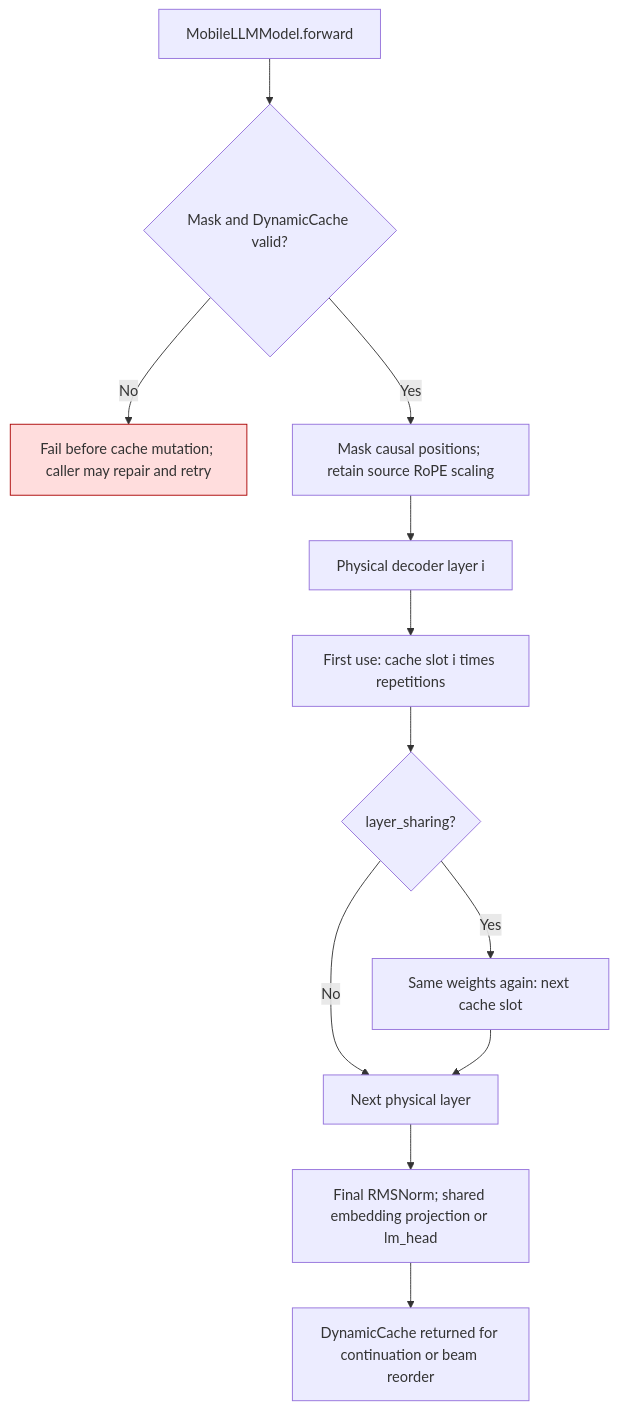
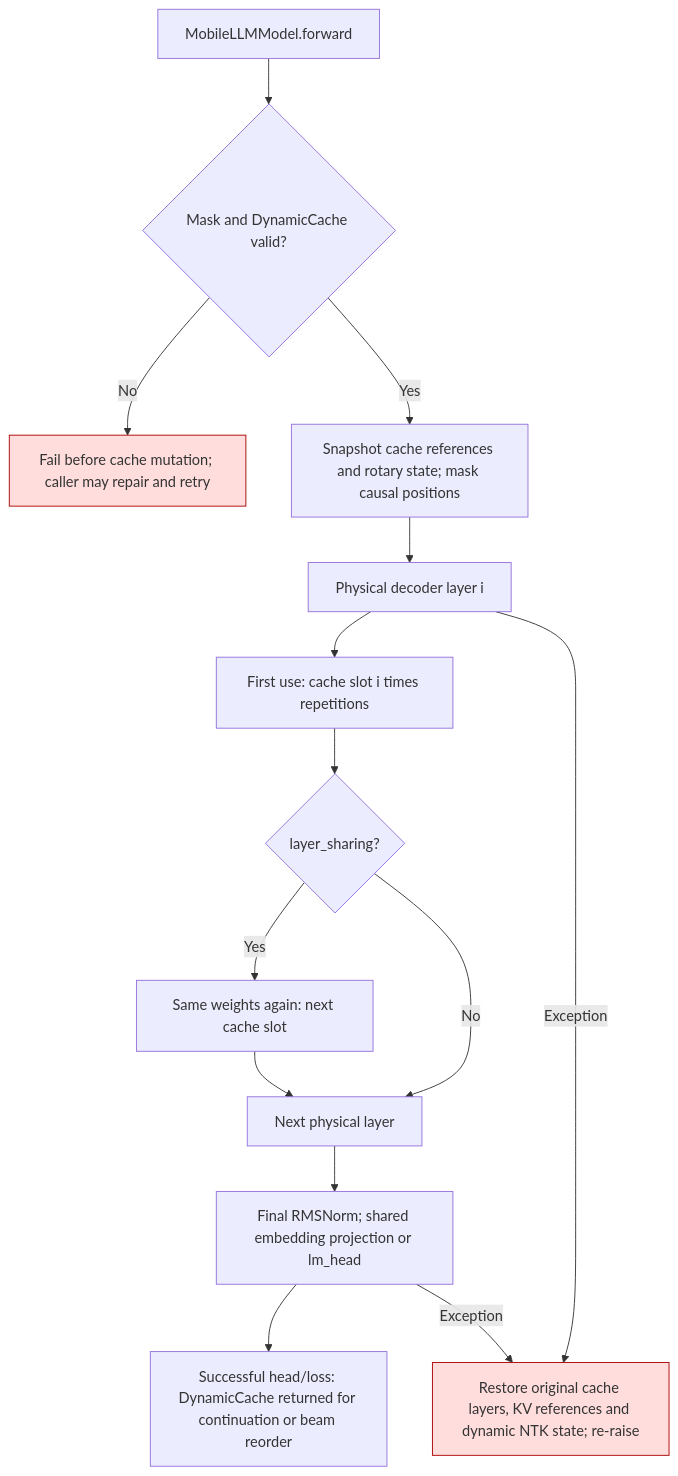
Before and after one commit to ModelCloud/GPTQModel: the second of 2 diagrams in gptqmodel/models/ports/mobilellm/README.md, drawn with Mermaid. The commit also changed other lines of this file and 3 other files, not shown here.

Commit message:
Restore MobileLLM cache and rotary state after failed forwards

````diff
--- a/gptqmodel/models/ports/mobilellm/README.md
+++ b/gptqmodel/models/ports/mobilellm/README.md
@@ -58,15 +58,18 @@
 ```mermaid
 flowchart TD
     A["MobileLLMModel.forward"] --> B{"Mask and DynamicCache valid?"}
     B -->|No| C["Fail before cache mutation; caller may repair and retry"]
-    B -->|Yes| D["Mask causal positions; retain source RoPE scaling"]
+    B -->|Yes| D["Snapshot cache references and rotary state; mask causal positions"]
     D --> E["Physical decoder layer i"]
     E --> F["First use: cache slot i times repetitions"]
     F --> G{"layer_sharing?"}
     G -->|Yes| H["Same weights again: next cache slot"]
     G -->|No| I["Next physical layer"]
     H --> I
     I --> J["Final RMSNorm; shared embedding projection or lm_head"]
-    J --> K["DynamicCache returned for continuation or beam reorder"]
+    J --> K["Successful head/loss: DynamicCache returned for continuation or beam reorder"]
+    E -->|Exception| X["Restore original cache layers, KV references and dynamic NTK state; re-raise"]
+    J -->|Exception| X
     style C fill:#fdd,stroke:#a00
+    style X fill:#fdd,stroke:#a00
 ```
````
